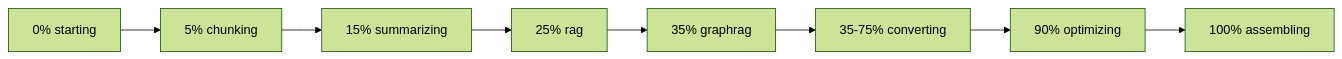
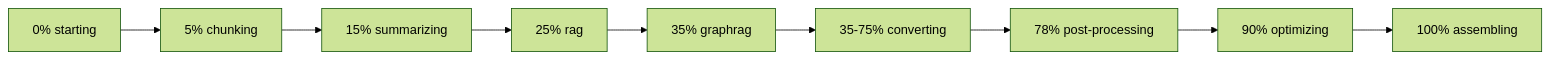
Diagram 14 of 19 in docs/business-logic.md (Dinosaur-MC/NovelScript), drawn with Mermaid (forest theme) before and after one commit. The commit also changed other lines of this file and 2 other files, not shown here.

````diff
--- a/docs/business-logic.md
+++ b/docs/business-logic.md
@@ -712,10 +713,11 @@
 ```mermaid
 flowchart LR
     A["0% starting"] --> B["5% chunking"]
     B --> C["15% summarizing"]
     C --> D["25% rag"]
     D --> E["35% graphrag"]
     E --> F["35-75% converting"]
-    F --> G["90% optimizing"]
+    F --> P["78% post-processing"]
+    P --> G["90% optimizing"]
     G --> H["100% assembling"]
 ```
````
